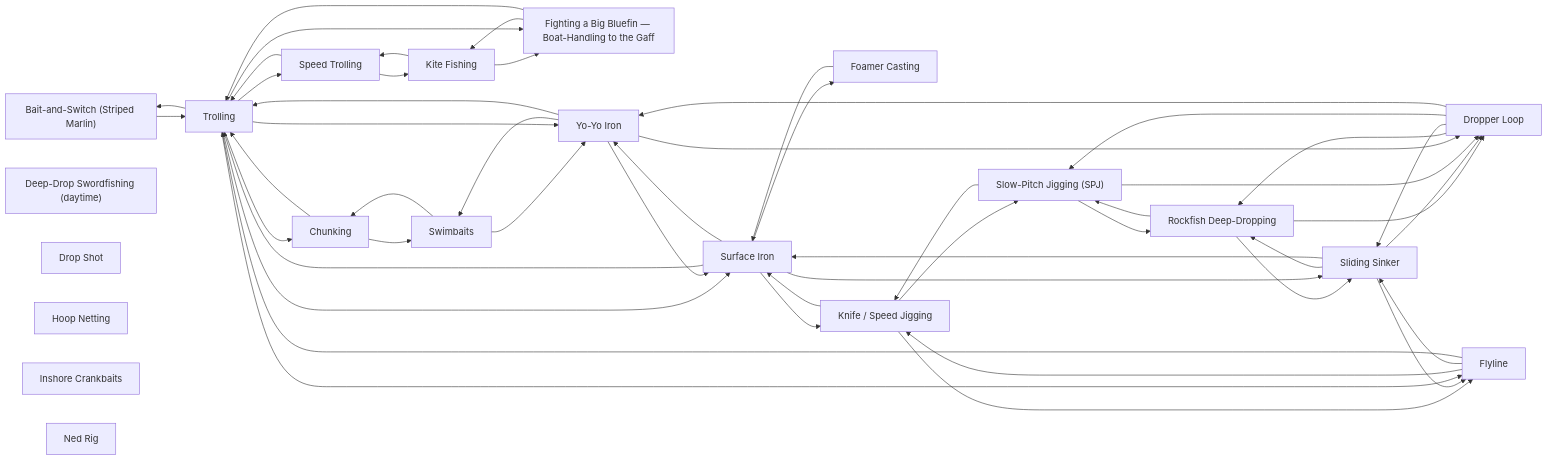
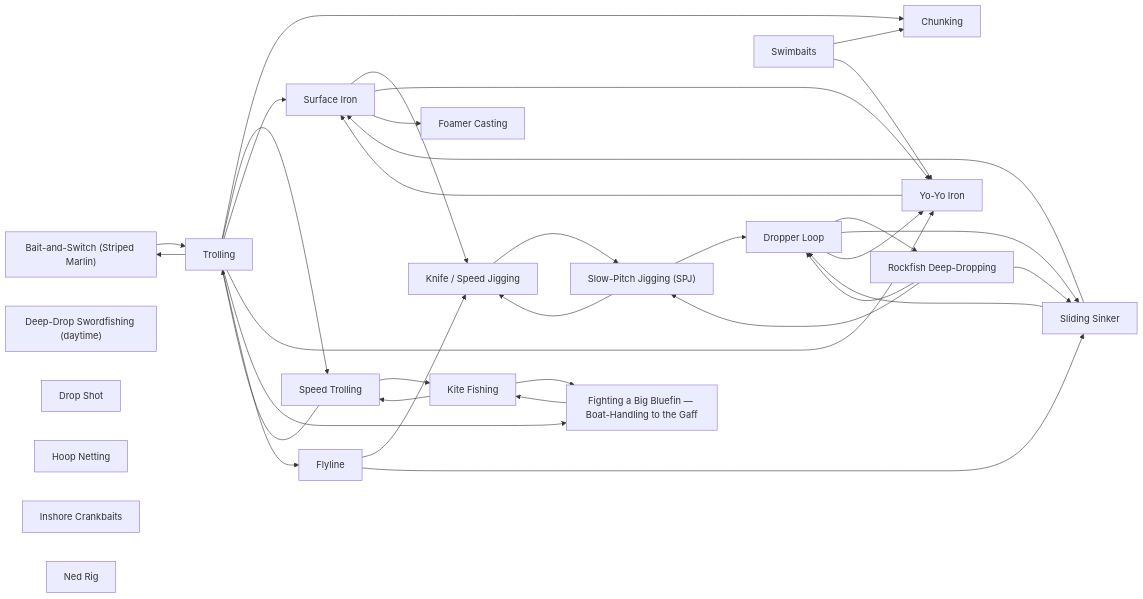
One commit to camchuckpete-max/Socal-Fishing-Knowledge changed the diagram in techniques/README.md. Above: the diagram before and after it, drawn with Mermaid. The commit also changed other lines of this file and 124 other files, not shown here.

````diff
--- a/techniques/README.md
+++ b/techniques/README.md
@@ -34,72 +34,56 @@
 ```mermaid
 graph LR
   n0["Bait-and-Switch (Striped Marlin)"]
   n1["Chunking"]
   n2["Deep-Drop Swordfishing (daytime)"]
   n3["Drop Shot"]
   n4["Dropper Loop"]
   n5["Fighting a Big Bluefin — Boat-Handling to the Gaff"]
   n6["Flyline"]
   n7["Foamer Casting"]
   n8["Hoop Netting"]
   n9["Inshore Crankbaits"]
   n10["Kite Fishing"]
   n11["Knife / Speed Jigging"]
   n12["Ned Rig"]
   n13["Rockfish Deep-Dropping"]
   n14["Sliding Sinker"]
   n15["Slow-Pitch Jigging (SPJ)"]
   n16["Speed Trolling"]
   n17["Surface Iron"]
   n18["Swimbaits"]
   n19["Trolling"]
   n20["Yo-Yo Iron"]
   n0 --> n19
-  n1 --> n18
-  n1 --> n19
   n10 --> n16
   n10 --> n5
   n11 --> n15
-  n11 --> n17
-  n11 --> n6
   n13 --> n14
   n13 --> n15
   n13 --> n4
-  n14 --> n13
   n14 --> n17
   n14 --> n4
-  n14 --> n6
   n15 --> n11
-  n15 --> n13
   n15 --> n4
   n16 --> n10
   n16 --> n19
   n17 --> n11
-  n17 --> n14
-  n17 --> n19
   n17 --> n20
   n17 --> n7
   n18 --> n1
   n18 --> n20
   n19 --> n0
   n19 --> n1
   n19 --> n16
   n19 --> n17
   n19 --> n20
   n19 --> n5
   n19 --> n6
   n20 --> n17
-  n20 --> n18
-  n20 --> n19
-  n20 --> n4
   n4 --> n13
   n4 --> n14
-  n4 --> n15
   n4 --> n20
   n5 --> n10
-  n5 --> n19
   n6 --> n11
   n6 --> n14
-  n6 --> n19
-  n7 --> n17
 ```
````
